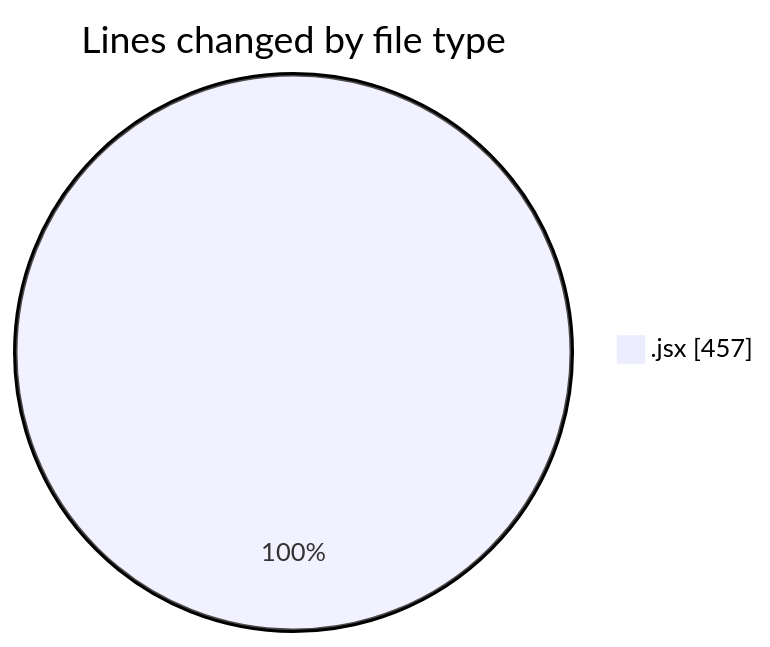
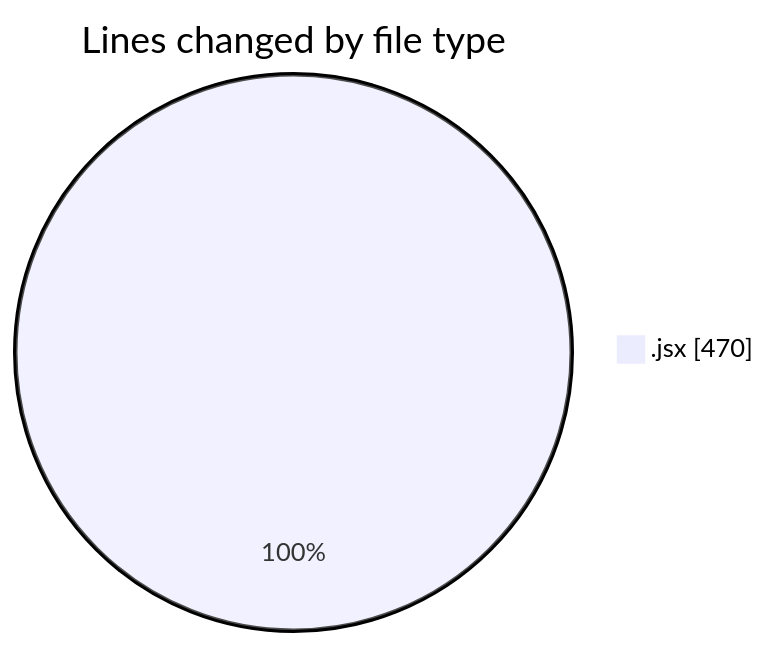
The first of 2 diagrams in 2025-05-10/argos-dev/README.md (nxtqubesakshisongat/code-tracking), drawn with Mermaid before and after one commit. The commit also changed other lines of this file and 1 other file, not shown here.

````diff
--- a/2025-05-10/argos-dev/README.md
+++ b/2025-05-10/argos-dev/README.md
@@ -20,5 +20,5 @@
 ```mermaid
 pie showData
 title Lines changed by file type
-".jsx" : 457
+".jsx" : 470
 ```
````
